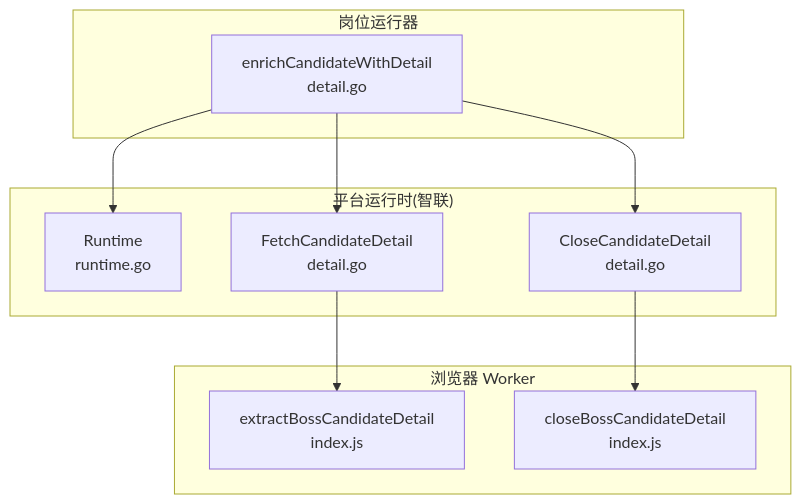
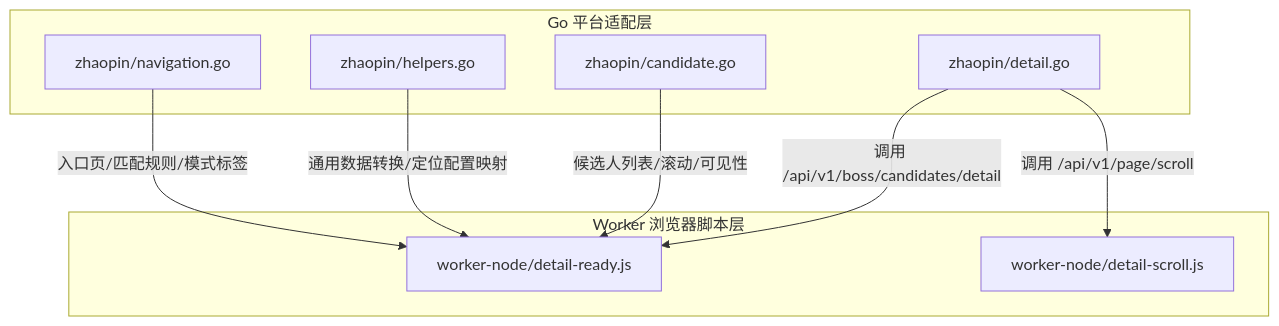
One commit to alvinwangzi/goodhr changed the first of 6 diagrams in .qoder/repowiki/zh/content/本地执行器/平台适配器/智联招聘适配器/详情页面处理.md. Above: the diagram before and after it, drawn with Mermaid. The commit also changed other lines of this file and 149 other files, not shown here.

````diff
--- a/.qoder/repowiki/zh/content/本地执行器/平台适配器/智联招聘适配器/详情页面处理.md
+++ b/.qoder/repowiki/zh/content/本地执行器/平台适配器/智联招聘适配器/详情页面处理.md
@@ -36,20 +39,18 @@
 ```mermaid
 graph TB
-subgraph "岗位运行器"
-PR["enrichCandidateWithDetail<br/>detail.go"]
+subgraph "Go 平台适配层"
+ZD["zhaopin/detail.go"]
+ZC["zhaopin/candidate.go"]
+ZH["zhaopin/helpers.go"]
+ZN["zhaopin/navigation.go"]
 end
-subgraph "平台运行时(智联)"
-ZR["Runtime<br/>runtime.go"]
-ZD["FetchCandidateDetail<br/>detail.go"]
-ZC["CloseCandidateDetail<br/>detail.go"]
+subgraph "Worker 浏览器脚本层"
+DR["worker-node/detail-ready.js"]
+DS["worker-node/detail-scroll.js"]
 end
-subgraph "浏览器 Worker"
-W1["extractBossCandidateDetail<br/>index.js"]
-W2["closeBossCandidateDetail<br/>index.js"]
-end
-PR --> ZR
-PR --> ZD
-PR --> ZC
-ZD --> W1
-ZC --> W2
+ZD --> |"调用 /api/v1/boss/candidates/detail"| DR
+ZD --> |"调用 /api/v1/page/scroll"| DS
+ZC --> |"候选人列表/滚动/可见性"| DR
+ZH --> |"通用数据转换/定位配置映射"| DR
+ZN --> |"入口页/匹配规则/模式标签"| DR
 ```
````
